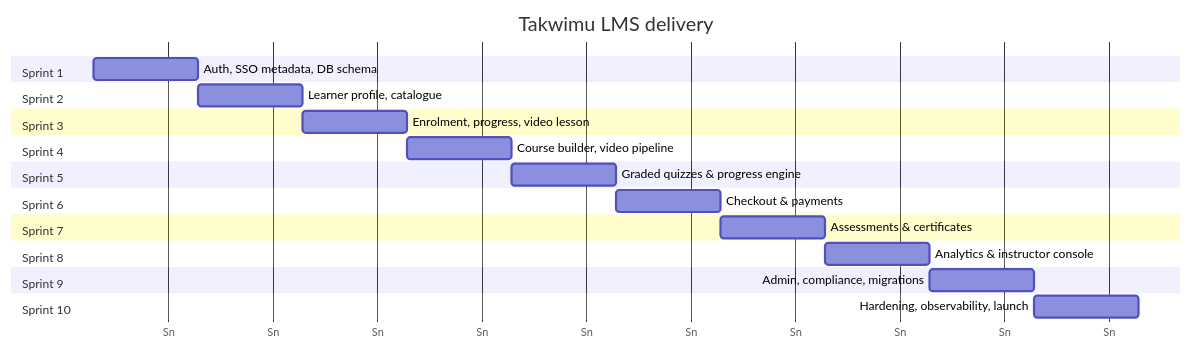
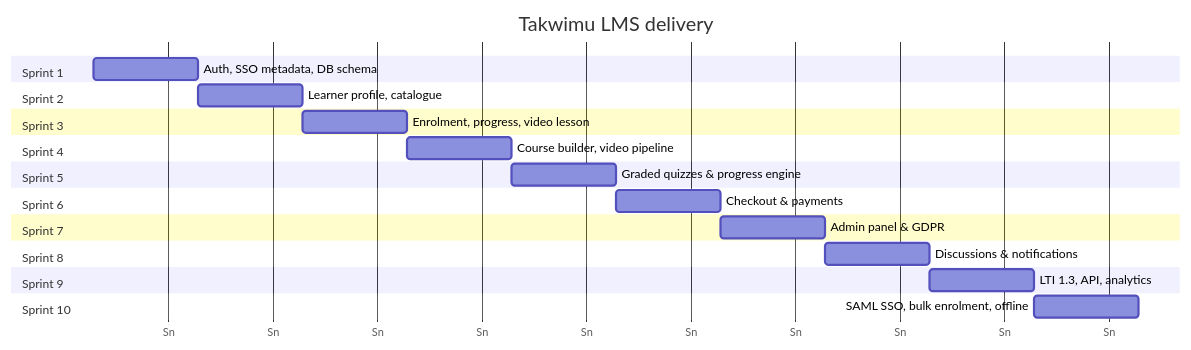
Before and after one commit to Godwin-88/laughing-waffle: the ninth of 9 diagrams in docs/architecture.md, drawn with Mermaid. The commit also changed other lines of this file and 37 other files, not shown here.

Commit message:
feat(api,web,docs): add admin control panel and GDPR self-service (US-7.1.x, US-7.2.1)

````diff
--- a/docs/architecture.md
+++ b/docs/architecture.md
@@ -394,26 +488,26 @@
 ```mermaid
 gantt
     title Takwimu LMS delivery
     dateFormat  YYYY-MM-DD
     axisFormat  S%n
     section Sprint 1
     Auth, SSO metadata, DB schema     :s1, 2026-09-01, 7d
     section Sprint 2
     Learner profile, catalogue        :s2, after s1, 7d
     section Sprint 3
     Enrolment, progress, video lesson :s3, after s2, 7d
     section Sprint 4
     Course builder, video pipeline    :s4, after s3, 7d
     section Sprint 5
     Graded quizzes & progress engine  :s5, after s4, 7d
     section Sprint 6
     Checkout & payments               :s6, after s5, 7d
     section Sprint 7
-    Assessments & certificates        :s7, after s6, 7d
+    Admin panel & GDPR                :s7, after s6, 7d
     section Sprint 8
-    Analytics & instructor console    :s8, after s7, 7d
+    Discussions & notifications       :s8, after s7, 7d
     section Sprint 9
-    Admin, compliance, migrations     :s9, after s8, 7d
+    LTI 1.3, API, analytics           :s9, after s8, 7d
     section Sprint 10
-    Hardening, observability, launch  :s10, after s9, 7d
+    SAML SSO, bulk enrolment, offline :s10, after s9, 7d
 ```
````
